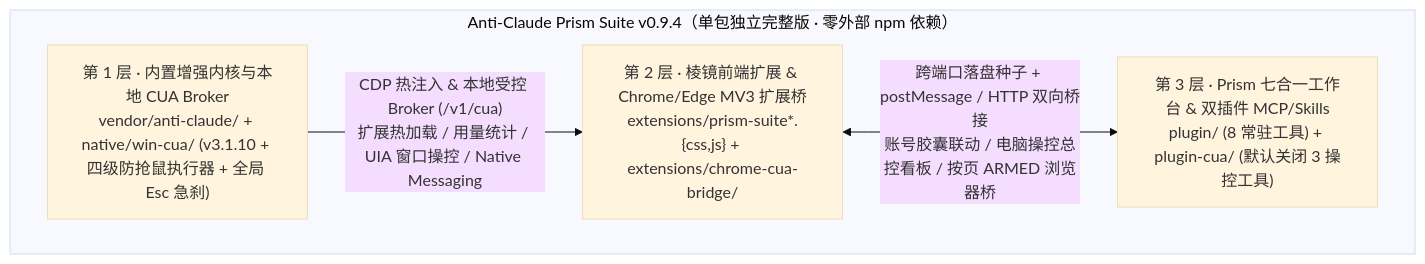
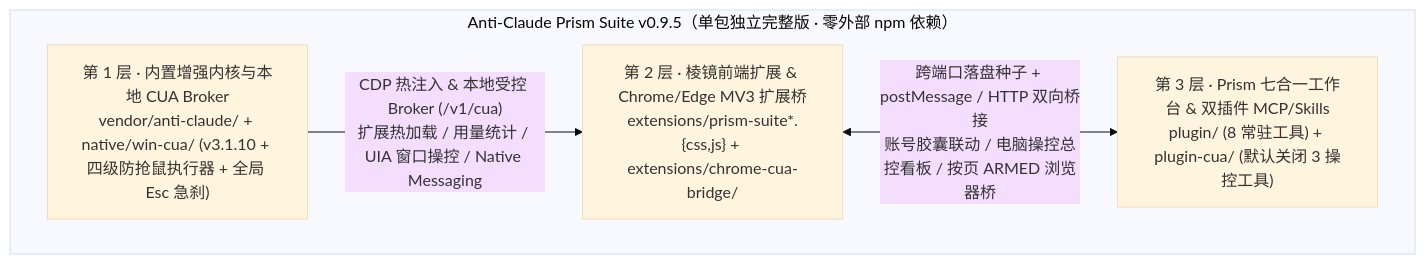
Before and after one commit to wushuai0802/anti-claude-prism-suite: the diagram in README.md, drawn with Mermaid (base theme). The commit also changed other lines of this file and 27 other files, not shown here.

````diff
--- a/README.md
+++ b/README.md
@@ -116,11 +116,11 @@
 ```mermaid
 flowchart TB
-  subgraph PKG["Anti-Claude Prism Suite v0.9.4（单包独立完整版 · 零外部 npm 依赖）"]
+  subgraph PKG["Anti-Claude Prism Suite v0.9.5（单包独立完整版 · 零外部 npm 依赖）"]
     K["第 1 层 · 内置增强内核与本地 CUA Broker<br/>vendor/anti-claude/ + native/win-cua/ (v3.1.10 + 四级防抢鼠执行器 + 全局 Esc 急刹)"]
     E["第 2 层 · 棱镜前端扩展 & Chrome/Edge MV3 扩展桥<br/>extensions/prism-suite*.{css,js} + extensions/chrome-cua-bridge/"]
     P["第 3 层 · Prism 七合一工作台 & 双插件 MCP/Skills<br/>plugin/ (8 常驻工具) + plugin-cua/ (默认关闭 3 操控工具)"]
   end
 
   K -->|"CDP 热注入 & 本地受控 Broker (/v1/cua)<br/>扩展热加载 / 用量统计 / UIA 窗口操控 / Native Messaging"| E
   E <-->|"跨端口落盘种子 + postMessage / HTTP 双向桥接<br/>账号胶囊联动 / 电脑操控总控看板 / 按页 ARMED 浏览器桥"| P
 ```
````
